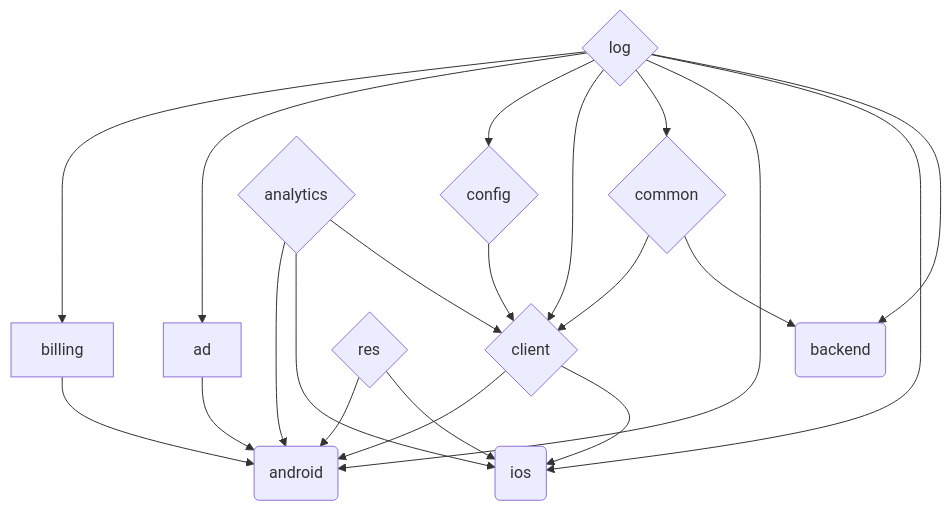
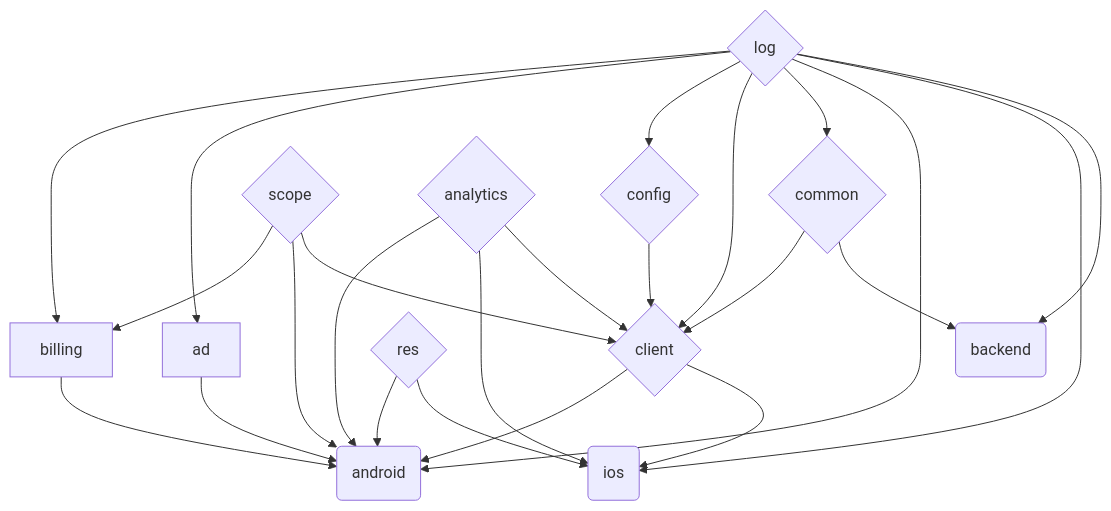
Before and after one commit to Oztechan/CCC: the first of 3 diagrams in README.md, drawn with Mermaid. The commit also changed 8 other files, not shown here.

````diff
--- a/README.md
+++ b/README.md
@@ -28,35 +28,39 @@
 ```mermaid
 graph TD;
 
 log{log} --> billing
 log --> ad
 log --> config
 log --> client
 log --> common
 log --> android
 log --> ios
 log --> backend
+
+scope{scope} --> billing
+scope --> android
+scope --> client
 
 billing-->android
 
 ad-->android
 
 config{config}-->client
 
 analytics{analytics} --> android
 analytics --> ios
 analytics-->client
 
 res{res}-->android
 res-->ios
 
 client{client}-->android
 client-->ios
 
 common{common}-->client
 common-->backend
 
 android(android)
 ios(ios)
 backend(backend)
 ```
````
